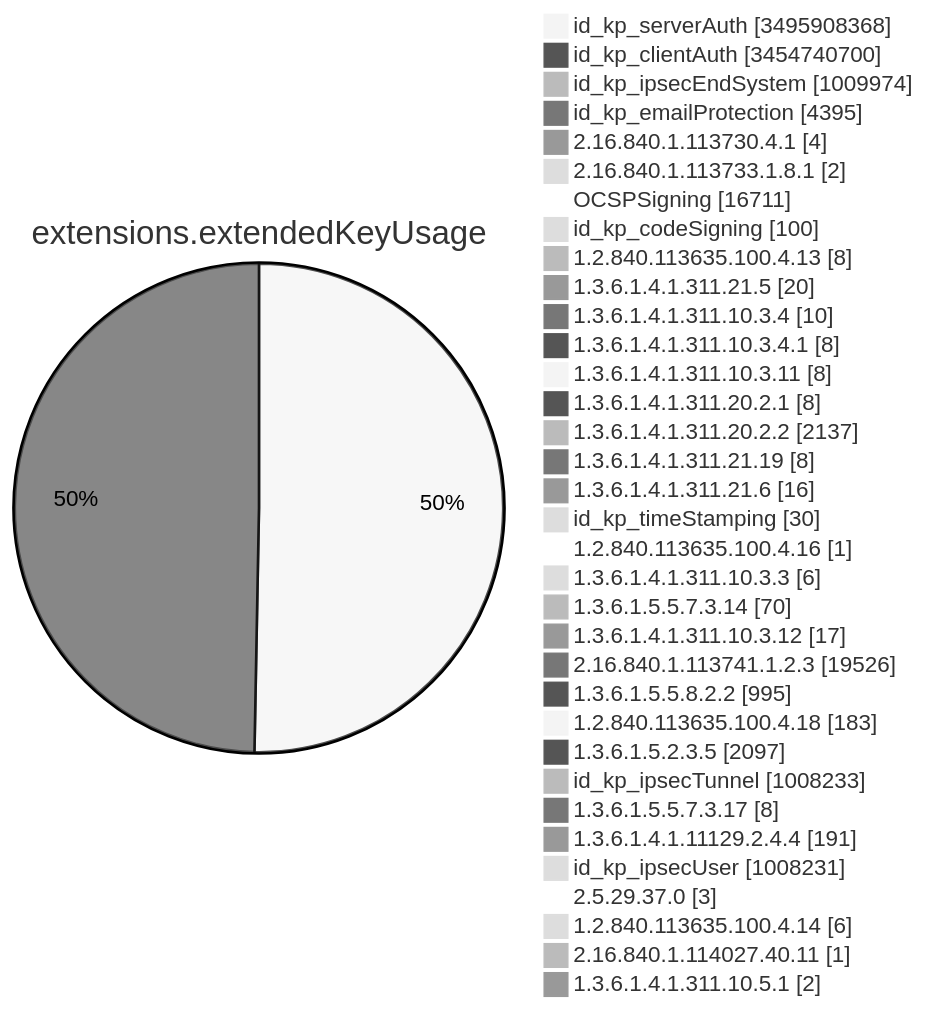
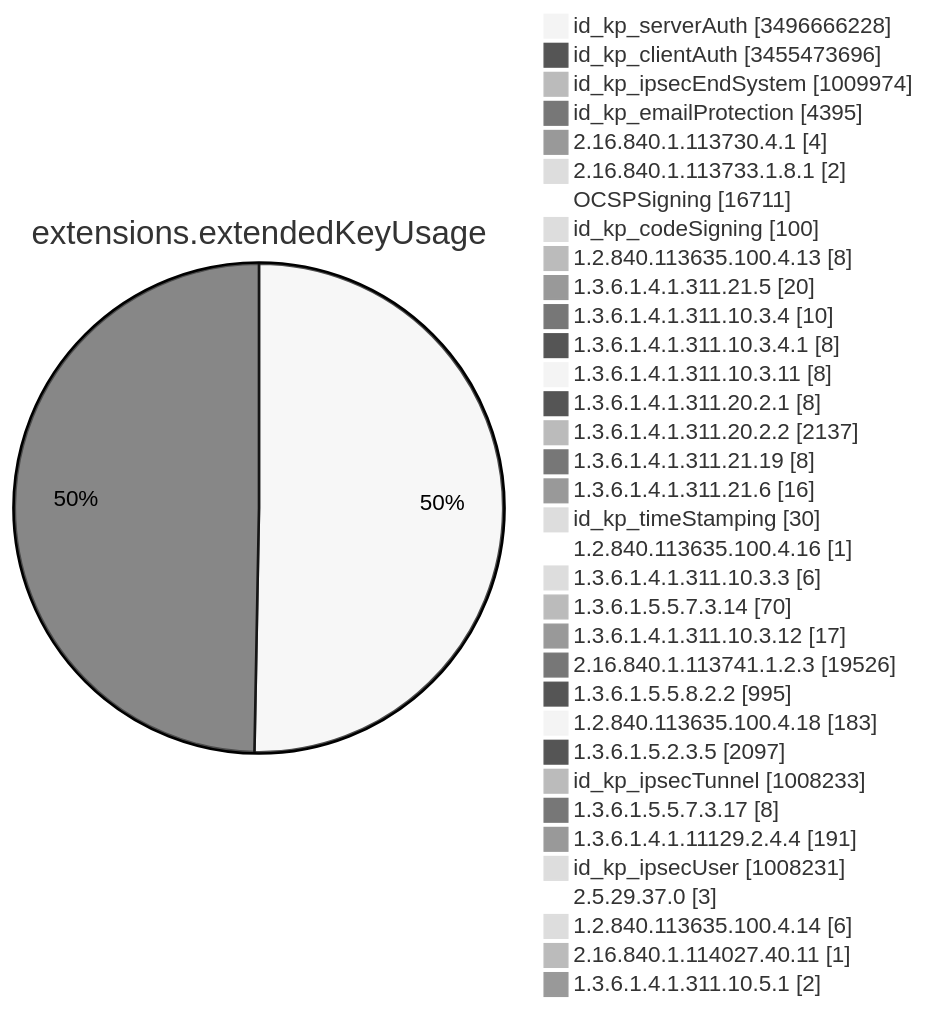
One commit to christiankrug/ctmonitor_visualization changed diagram 11 of 15 in TOTAL/README.md. Above: the diagram before and after it, drawn with Mermaid (neutral theme). The commit also changed other lines of this file, not shown here.

````diff
--- a/TOTAL/README.md
+++ b/TOTAL/README.md
@@ -4124,38 +4124,38 @@
 ```mermaid
 pie showData
 title extensions.extendedKeyUsage
-"id_kp_serverAuth" :3495908368
-"id_kp_clientAuth" :3454740700
+"id_kp_serverAuth" :3496666228
+"id_kp_clientAuth" :3455473696
 "id_kp_ipsecEndSystem" :1009974
 "id_kp_emailProtection" :4395
 "2.16.840.1.113730.4.1" :4
 "2.16.840.1.113733.1.8.1" :2
 "OCSPSigning" :16711
 "id_kp_codeSigning" :100
 "1.2.840.113635.100.4.13" :8
 "1.3.6.1.4.1.311.21.5" :20
 "1.3.6.1.4.1.311.10.3.4" :10
 "1.3.6.1.4.1.311.10.3.4.1" :8
 "1.3.6.1.4.1.311.10.3.11" :8
 "1.3.6.1.4.1.311.20.2.1" :8
 "1.3.6.1.4.1.311.20.2.2" :2137
 "1.3.6.1.4.1.311.21.19" :8
 "1.3.6.1.4.1.311.21.6" :16
 "id_kp_timeStamping" :30
 "1.2.840.113635.100.4.16" :1
 "1.3.6.1.4.1.311.10.3.3" :6
 "1.3.6.1.5.5.7.3.14" :70
 "1.3.6.1.4.1.311.10.3.12" :17
 "2.16.840.1.113741.1.2.3" :19526
 "1.3.6.1.5.5.8.2.2" :995
 "1.2.840.113635.100.4.18" :183
 "1.3.6.1.5.2.3.5" :2097
 "id_kp_ipsecTunnel" :1008233
 "1.3.6.1.5.5.7.3.17" :8
 "1.3.6.1.4.1.11129.2.4.4" :191
 "id_kp_ipsecUser" :1008231
 "2.5.29.37.0" :3
 "1.2.840.113635.100.4.14" :6
 "2.16.840.1.114027.40.11" :1
 "1.3.6.1.4.1.311.10.5.1" :2
 ```
````
